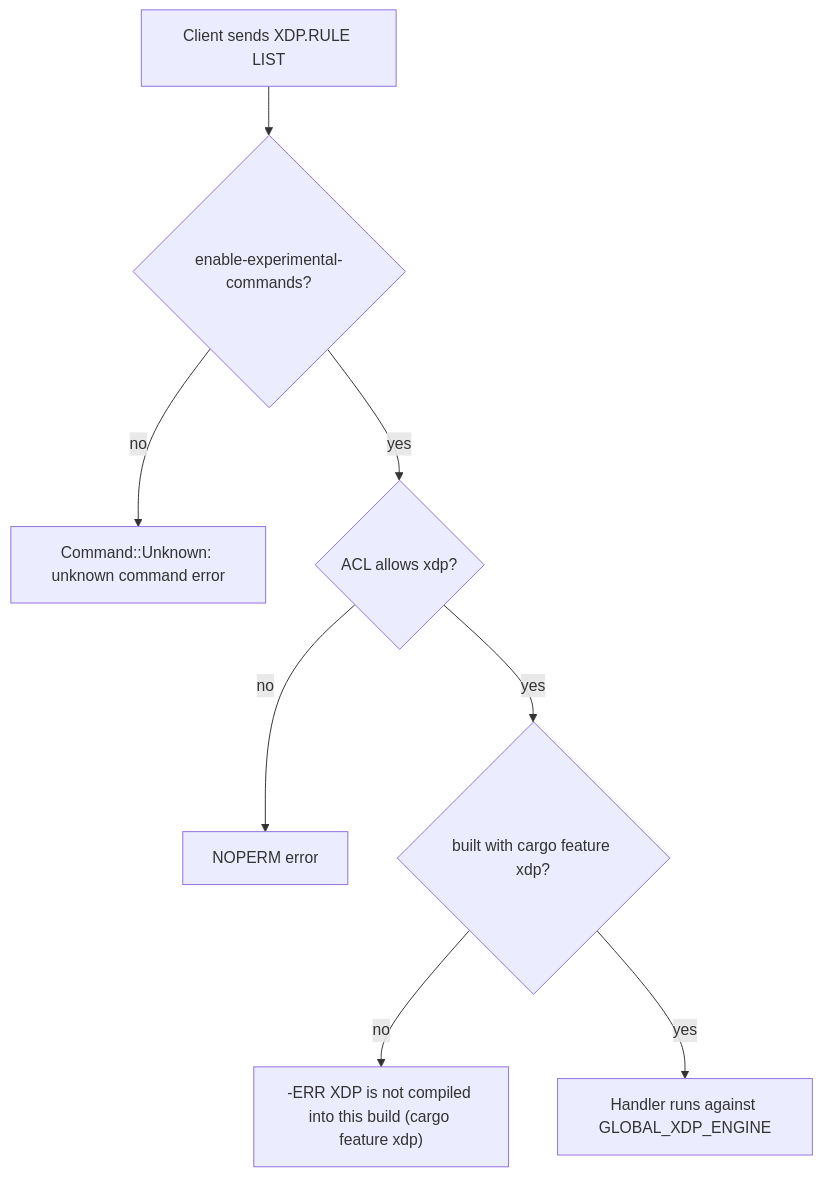
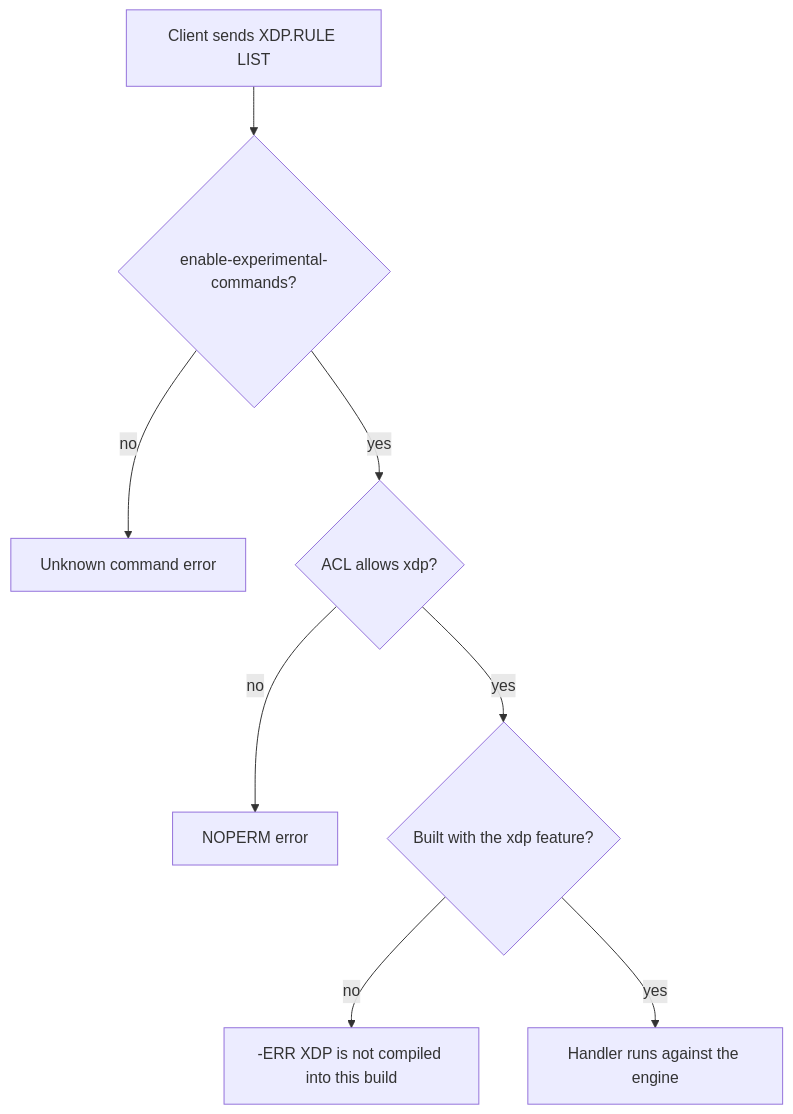
The second of 2 diagrams in docs/internal/10_kernel_bypass_xdp.md (warrenzhu25/rudis), drawn with Mermaid before and after one commit. The commit also changed other lines of this file, not shown here.

````diff
--- a/docs/internal/10_kernel_bypass_xdp.md
+++ b/docs/internal/10_kernel_bypass_xdp.md
@@ -78,10 +89,10 @@
 ```mermaid
 flowchart TD
     C["Client sends XDP.RULE LIST"] --> G{"enable-experimental-commands?"}
-    G -->|"no"| U["Command::Unknown: unknown command error"]
+    G -->|"no"| U["Unknown command error"]
     G -->|"yes"| A{"ACL allows xdp?"}
     A -->|"no"| N["NOPERM error"]
-    A -->|"yes"| F{"built with cargo feature xdp?"}
-    F -->|"no"| R["-ERR XDP is not compiled into this build (cargo feature xdp)"]
-    F -->|"yes"| E["Handler runs against GLOBAL_XDP_ENGINE"]
+    A -->|"yes"| F{"Built with the xdp feature?"}
+    F -->|"no"| R["-ERR XDP is not compiled into this build"]
+    F -->|"yes"| E["Handler runs against the engine"]
 ```
````
